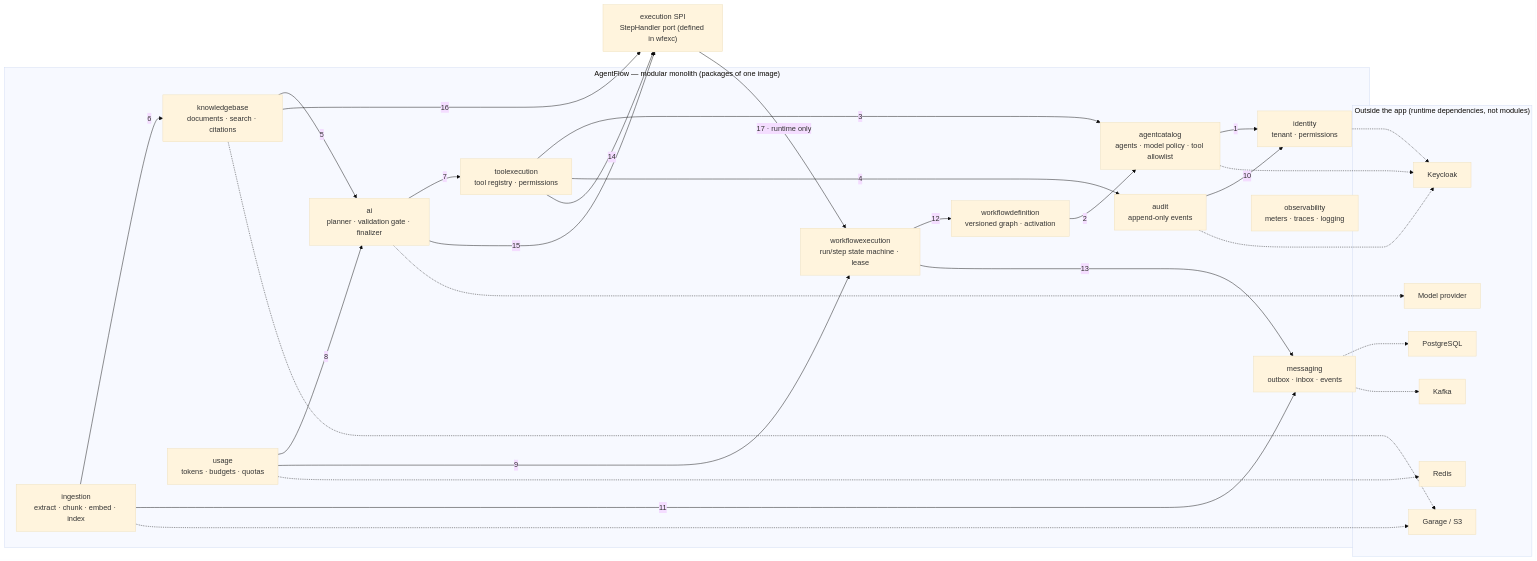
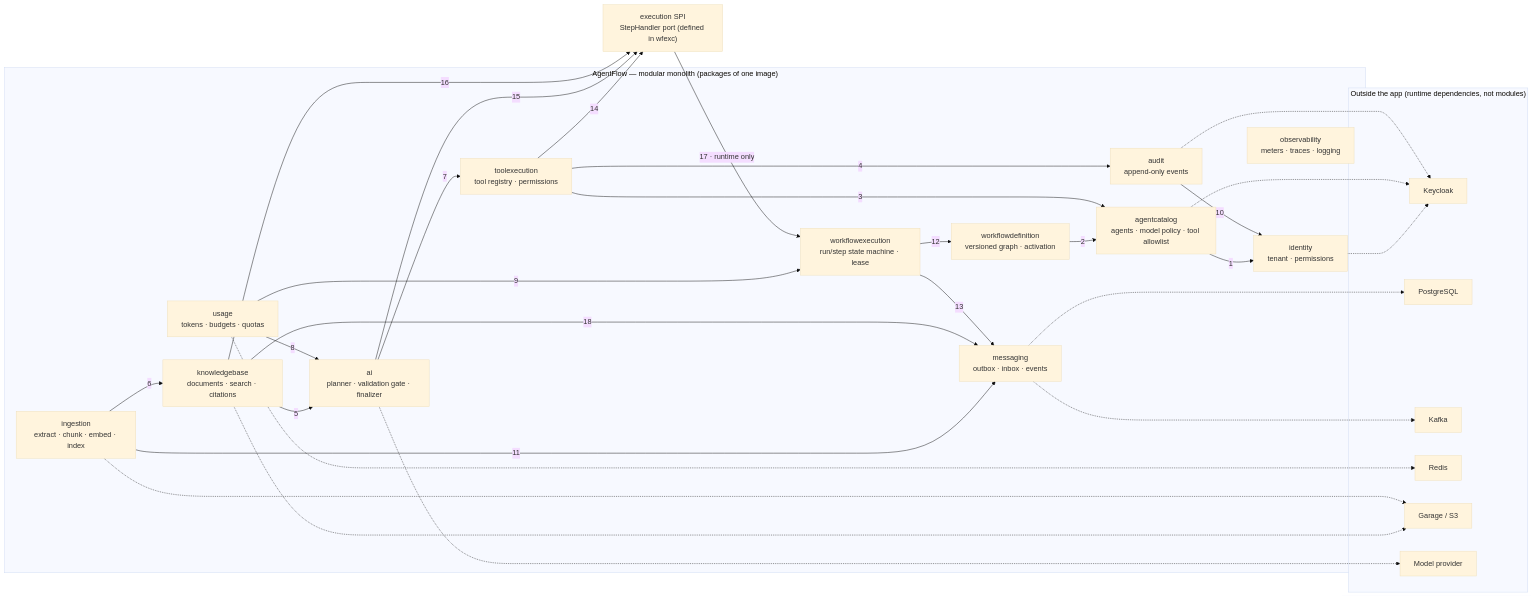
The diagram in docs/architecture/module-map.md (JavaCoDED78/agentflow), drawn with Mermaid (base theme) before and after one commit. The commit also changed other lines of this file and 13 other files, not shown here.

````diff
--- a/docs/architecture/module-map.md
+++ b/docs/architecture/module-map.md
@@ -40,59 +40,60 @@
 ```mermaid
 flowchart LR
     subgraph ext["Outside the app (runtime dependencies, not modules)"]
         kc["Keycloak"]
         pg["PostgreSQL"]
         kfk["Kafka"]
         redis["Redis"]
         gar["Garage / S3"]
         model["Model provider"]
     end
 
     subgraph app["AgentFlow — modular monolith (packages of one image)"]
         identity["identity<br/>tenant · permissions"]
         agentcatalog["agentcatalog<br/>agents · model policy · tool allowlist"]
         wfdef["workflowdefinition<br/>versioned graph · activation"]
         wfexc["workflowexecution<br/>run/step state machine · lease"]
         toolexec["toolexecution<br/>tool registry · permissions"]
         kb["knowledgebase<br/>documents · search · citations"]
         ingest["ingestion<br/>extract · chunk · embed · index"]
         ai["ai<br/>planner · validation gate · finalizer"]
         usage["usage<br/>tokens · budgets · quotas"]
         audit["audit<br/>append-only events"]
         messaging["messaging<br/>outbox · inbox · events"]
         observ["observability<br/>meters · traces · logging"]
     end
 
     %% --- Allowed dependency edges (module -> module) ---
     agentcatalog -->|1| identity
     wfdef -->|2| agentcatalog
     toolexec -->|3| agentcatalog
     toolexec -->|4| audit
     kb -->|5| ai
     ingest -->|6| kb
     ai -->|7| toolexec
     usage -->|8| ai
     usage -->|9| wfexc
     audit -->|10| identity
     ingest -->|11| messaging
+    kb -->|18| messaging
     wfexc -->|12| wfdef
     wfexc -->|13| messaging
     feedback["execution SPI<br/>StepHandler port (defined in wfexc)"]
 
     %% --- Feedback via the execution SPI: implementers depend on the port owner ---
     toolexec -->|14| feedback
     ai -->|15| feedback
     kb -->|16| feedback
     feedback -->|"17 · runtime only"| wfexc
 
     %% --- Runtime dependencies (not module-module edges): a module -> one external system ---
     identity -.-> kc
     agentcatalog -.-> kc
     audit -.-> kc
     kb -.-> gar
     ingest -.-> gar
     ai -.-> model
     usage -.-> redis
     messaging -.-> pg
     messaging -.-> kfk
 ```
````
